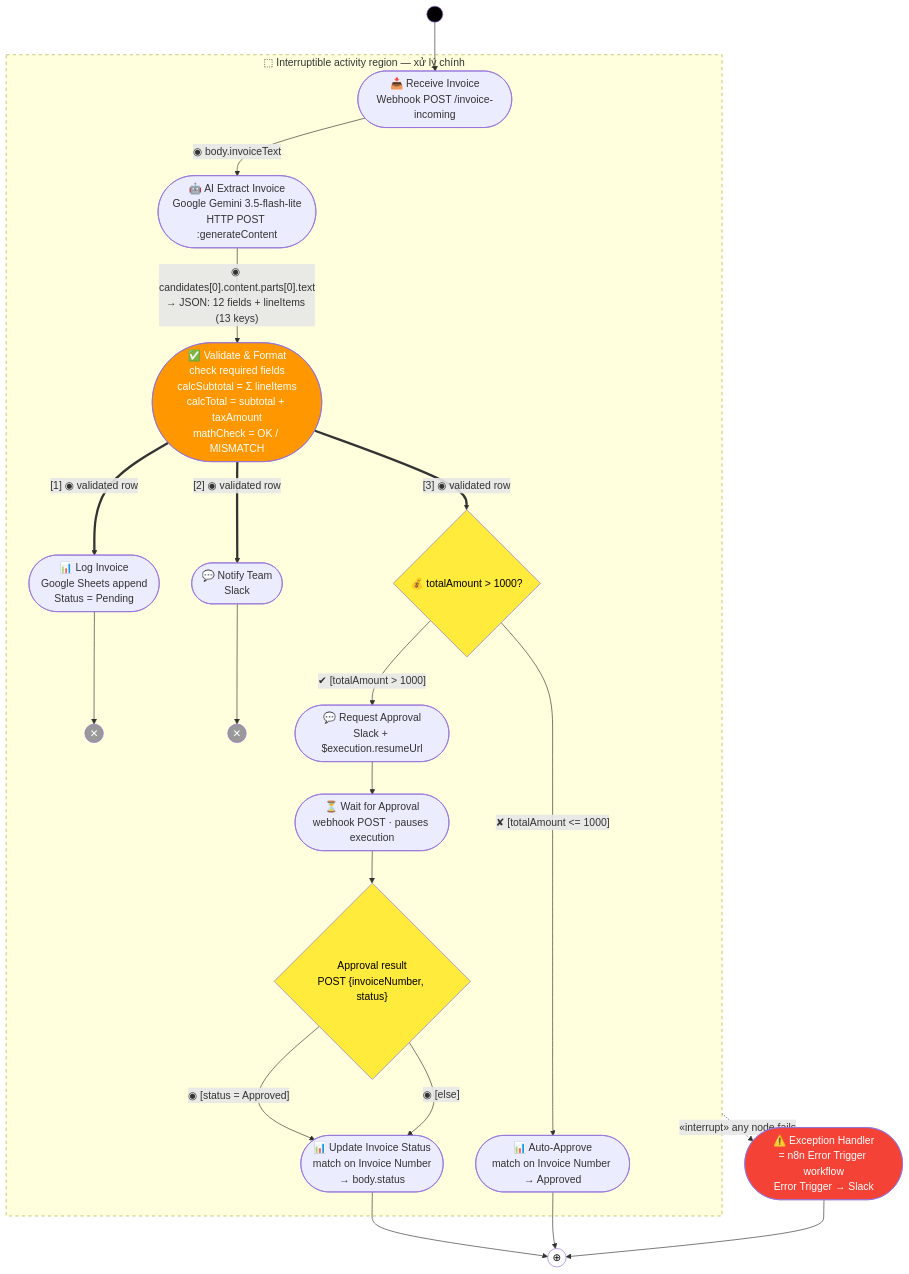
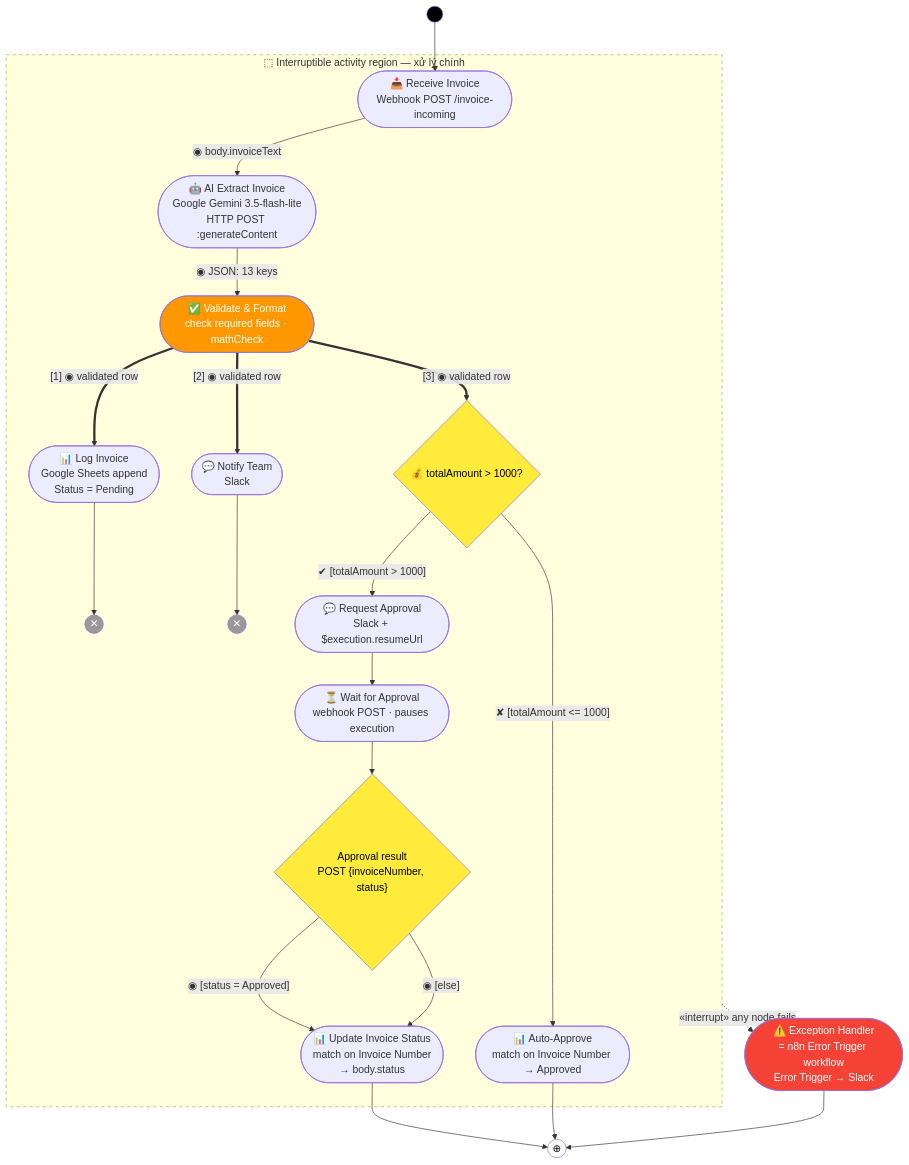
Before and after one commit to DoTuanPhong/make_-Invoice-processing-automated-workflow: the third of 4 diagrams in activity-diagram.md, drawn with Mermaid. The commit also changed other lines of this file, not shown here.

Commit message:
Update activity diagram: refine AI extraction details, enhance validation logic, and clarify swimlane structure for improved workflow representation.

````diff
--- a/activity-diagram.md
+++ b/activity-diagram.md
@@ -79,39 +79,39 @@
 ```mermaid
 flowchart TD
     START((●)) --> A
     subgraph REGION["⬚ Interruptible activity region — xử lý chính"]
         A(["📥 Receive Invoice<br/>Webhook POST /invoice-incoming"])
         A -->|"◉ body.invoiceText"| B(["🤖 AI Extract Invoice<br/>Google Gemini 3.5-flash-lite<br/>HTTP POST :generateContent"])
-        B -->|"◉ candidates[0].content.parts[0].text<br/>→ JSON: 12 fields + lineItems (13 keys)"| C(["✅ Validate & Format<br/>check required fields<br/>calcSubtotal = Σ lineItems<br/>calcTotal = subtotal + taxAmount<br/>mathCheck = OK / MISMATCH"])
+        B -->|"◉ JSON: 13 keys"| C(["✅ Validate & Format<br/>check required fields · mathCheck"])
 
         C ==>|"[1] ◉ validated row"| D(["📊 Log Invoice<br/>Google Sheets append<br/>Status = Pending"])
         D --> FFD(("✕"))
         C ==>|"[2] ◉ validated row"| E(["💬 Notify Team<br/>Slack"])
         E --> FFE(("✕"))
         C ==>|"[3] ◉ validated row"| F{"💰 totalAmount > 1000?"}
 
         F -->|"✔ [totalAmount > 1000]"| G(["💬 Request Approval<br/>Slack + $execution.resumeUrl"])
         G --> H(["⏳ Wait for Approval<br/>webhook POST · pauses execution"])
         H --> M{"Approval result<br/>POST {invoiceNumber, status}"}
         M -->|"◉ [status = Approved]"| I(["📊 Update Invoice Status<br/>match on Invoice Number<br/>→ body.status"])
         M -->|"◉ [else]"| I
 
         F -->|"✘ [totalAmount <= 1000]"| J(["📊 Auto-Approve<br/>match on Invoice Number → Approved"])
     end
 
     I --> K((⊕))
     J --> K
 
     REGION -.->|"«interrupt» any node fails"| X(["⚠️ Exception Handler<br/>= n8n Error Trigger workflow<br/>Error Trigger → Slack"])
     X --> K
 
     style START fill:#000,color:#000
     style K fill:#fff,color:#000
     style FFD fill:#999,color:#fff
     style FFE fill:#999,color:#fff
     style F fill:#FFEB3B,color:#000
     style M fill:#FFEB3B,color:#000
     style C fill:#FF9800,color:#fff
     style X fill:#F44336,color:#fff
     style REGION stroke-dasharray: 5 5
 ```
````
